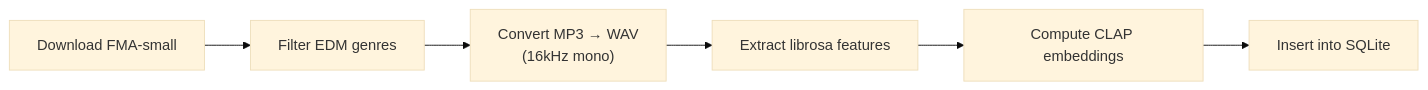
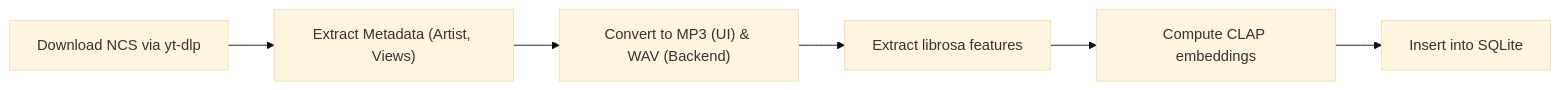
Before and after one commit to ldendro/riddim: the second of 7 diagrams in docs/system_design.md, drawn with Mermaid (base theme). The commit also changed other lines of this file and 49 other files, not shown here.

````diff
--- a/docs/system_design.md
+++ b/docs/system_design.md
@@ -239,8 +239,8 @@
 ```mermaid
 flowchart LR
-    A["Download FMA-small"] --> B["Filter EDM genres"]
-    B --> C["Convert MP3 → WAV<br/>(16kHz mono)"]
+    A["Download NCS via yt-dlp"] --> B["Extract Metadata (Artist, Views)"]
+    B --> C["Convert to MP3 (UI) & WAV (Backend)"]
     C --> D["Extract librosa features"]
     D --> E["Compute CLAP embeddings"]
     E --> F["Insert into SQLite"]
 ```
````
